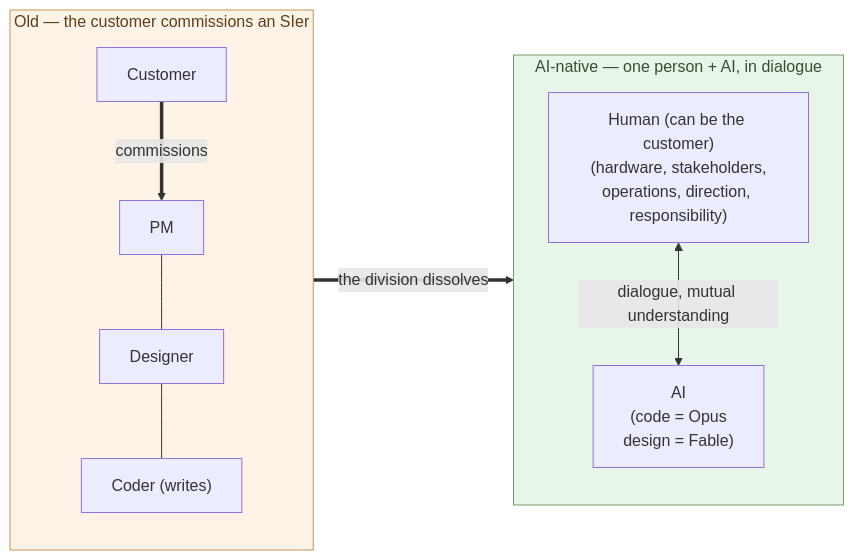
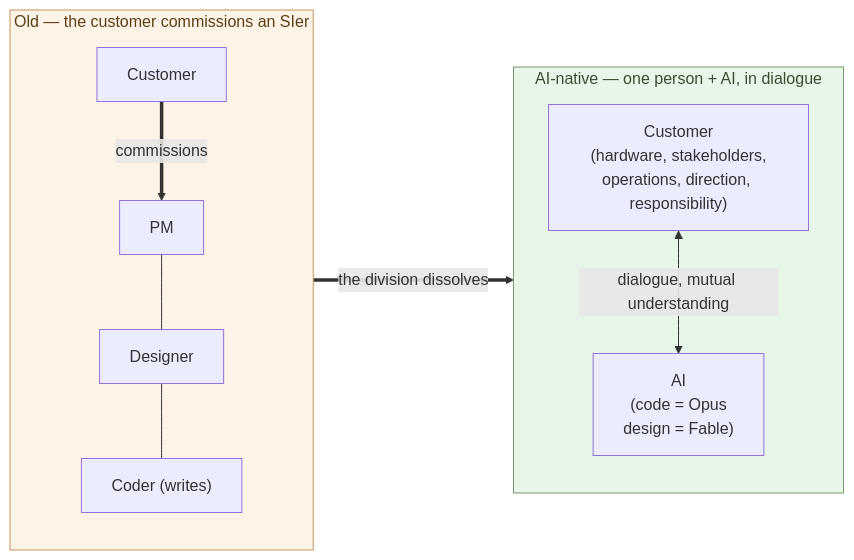
The diagram in articles/ai-native-ways/software/03-coder-end/en.md (aiseed-dev/website), drawn with Mermaid before and after one commit. The commit also changed 1 other file, not shown here.

Commit message:
第3章: 新側の図ノードを「人間(顧客自身でもよい)」→「顧客」に
旧来と新側で同じ顧客を主体に置き、対比を明確化(旧: 顧客が SIer に発注 /
新: 顧客自身が AI と作り動かす)。ja/en とも。

Claude-Session: https://claude.ai/code/session_01JWSjUtp9JogXnFvcXErbX3

````diff
--- a/articles/ai-native-ways/software/03-coder-end/en.md
+++ b/articles/ai-native-ways/software/03-coder-end/en.md
@@ -136,26 +136,26 @@
 ```mermaid
 flowchart LR
   subgraph Old["Old — the customer commissions an SIer"]
     direction TB
     OClient["Customer"]
     OP["PM"]
     OD["Designer"]
     OC["Coder (writes)"]
     OClient ==>|commissions| OP
     OP --- OD --- OC
   end
 
   subgraph New["AI-native — one person + AI, in dialogue"]
     direction TB
-    H["Human (can be the customer)<br/>(hardware, stakeholders,<br/>operations, direction, responsibility)"]
+    H["Customer<br/>(hardware, stakeholders,<br/>operations, direction, responsibility)"]
     A["AI<br/>(code = Opus<br/>design = Fable)"]
     H <-->|dialogue, mutual understanding| A
   end
 
   Old ==>|the division dissolves| New
 
   classDef good fill:#e8f5e9,stroke:#7a9a6d,color:#3a4d34
   classDef bad fill:#fef3e7,stroke:#c89559,color:#5a3f1a
   class New good
   class Old bad
 ```
````
